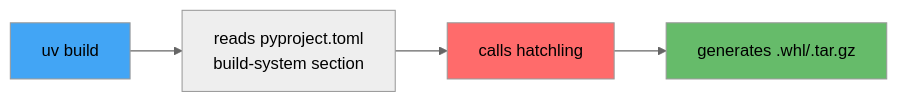
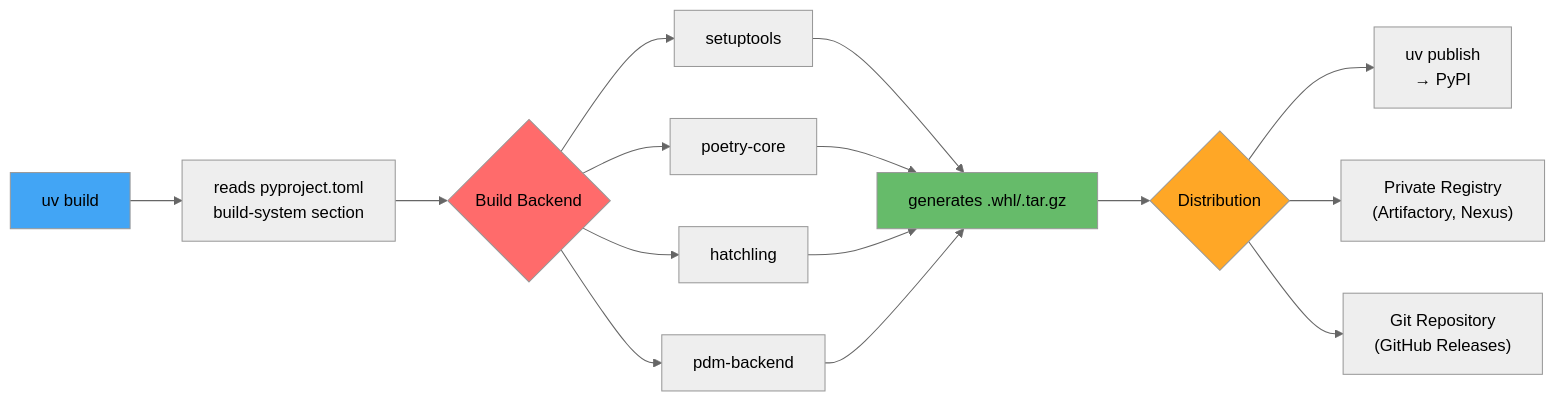
One commit to d2207197/slides-and-docs changed the second of 2 diagrams in python-packaging-and-best-practices/03-library-repository-structure.md. Above: the diagram before and after it, drawn with Mermaid (neutral theme). The commit also changed other lines of this file and 11 other files, not shown here.

````diff
--- a/python-packaging-and-best-practices/03-library-repository-structure.md
+++ b/python-packaging-and-best-practices/03-library-repository-structure.md
@@ -128,10 +128,25 @@
 ```mermaid
 graph LR
     A[uv build] --> B[reads pyproject.toml<br/>build-system section]
-    B --> C[calls hatchling]
-    C --> D[generates .whl/.tar.gz]
-    
+    B --> C{Build Backend}
+
+    C --> D[setuptools]
+    C --> E[poetry-core]
+    C --> F[hatchling]
+    C --> G[pdm-backend]
+
+    D --> H[generates .whl/.tar.gz]
+    E --> H
+    F --> H
+    G --> H
+
+    H --> I{Distribution}
+    I --> J[uv publish<br/>→ PyPI]
+    I --> K["Private Registry<br/>(Artifactory, Nexus)"]
+    I --> L["Git Repository<br/>(GitHub Releases)"]
+
     style A fill:#42a5f5
     style C fill:#ff6b6b
-    style D fill:#66bb6a
+    style H fill:#66bb6a
+    style I fill:#ffa726
 ```
````
